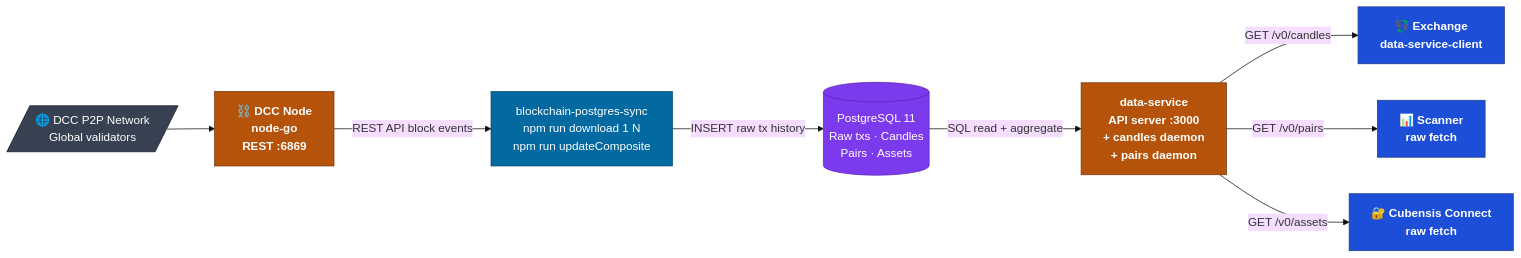
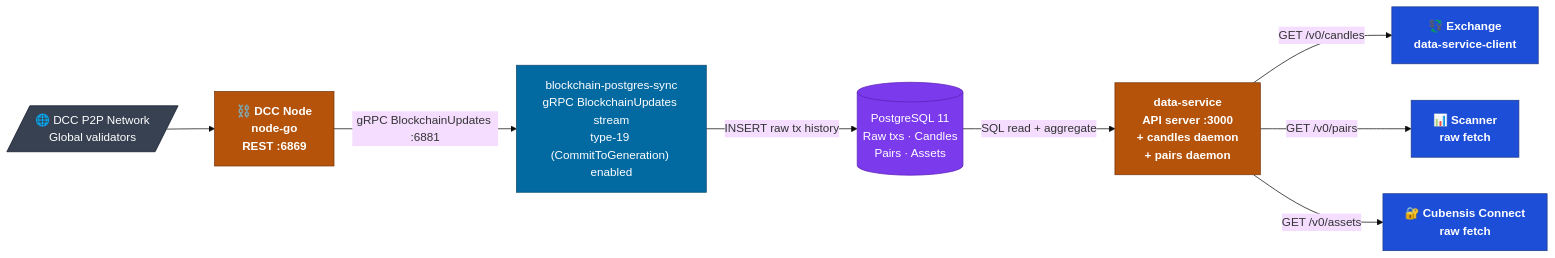
The eighth of 9 diagrams in docs/ECOSYSTEM.md (Decentral-America/DecentralChain), drawn with Mermaid (base theme) before and after one commit. The commit also changed other lines of this file and 2 other files, not shown here.

First line of the commit message:
docs: update BPS README + ECOSYSTEM + UPSTREAM — current state 2026-06-30

````diff
--- a/docs/ECOSYSTEM.md
+++ b/docs/ECOSYSTEM.md
@@ -565,31 +565,31 @@
 ```mermaid
 flowchart LR
     classDef svc fill:#B45309,stroke:#78350F,color:#fff,font-weight:bold
     classDef db fill:#7C3AED,stroke:#5B21B6,color:#fff
     classDef ops fill:#0369A1,stroke:#0C4A6E,color:#fff
     classDef app fill:#1D4ED8,stroke:#1E3A8A,color:#fff,font-weight:bold
     classDef net fill:#374151,stroke:#111827,color:#fff
 
     P2P[/"🌐 DCC P2P Network<br/>Global validators"/]
     NODE["⛓️ DCC Node<br/>node-go<br/>REST :6869"]
-    BPS["blockchain-postgres-sync<br/>npm run download 1 N<br/>npm run updateComposite"]
+    BPS["blockchain-postgres-sync<br/>gRPC BlockchainUpdates stream<br/>type-19 (CommitToGeneration) enabled"]
     PG[("PostgreSQL 11<br/>Raw txs · Candles<br/>Pairs · Assets")]
     DS["data-service<br/>API server :3000<br/>+ candles daemon<br/>+ pairs daemon"]
     EX["💱 Exchange<br/>data-service-client"]
     SC["📊 Scanner<br/>raw fetch"]
     CC["🔐 Cubensis Connect<br/>raw fetch"]
 
     P2P --> NODE
-    NODE -->|"REST API block events"| BPS
+    NODE -->|"gRPC BlockchainUpdates :6881"| BPS
     BPS -->|"INSERT raw tx history"| PG
     PG -->|"SQL read + aggregate"| DS
     DS -->|"GET /v0/candles"| EX
     DS -->|"GET /v0/pairs"| SC
     DS -->|"GET /v0/assets"| CC
 
     class NODE,DS svc
     class PG db
     class BPS ops
     class P2P net
     class EX,SC,CC app
 ```
````
